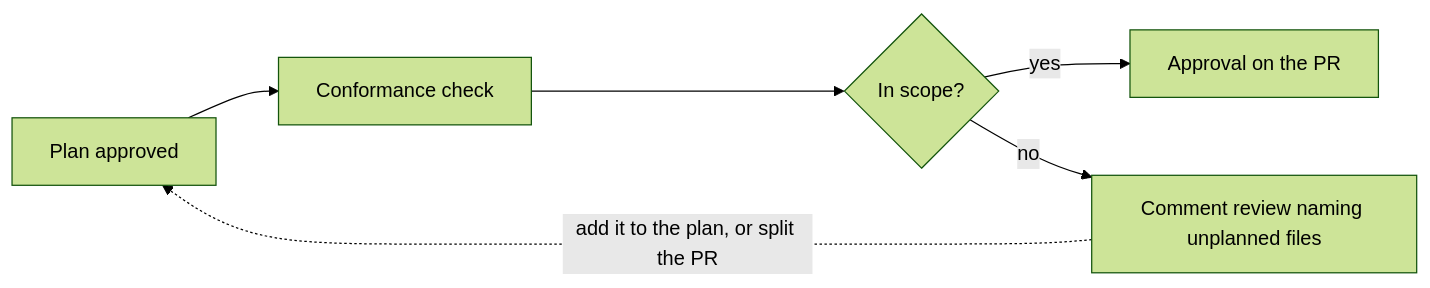
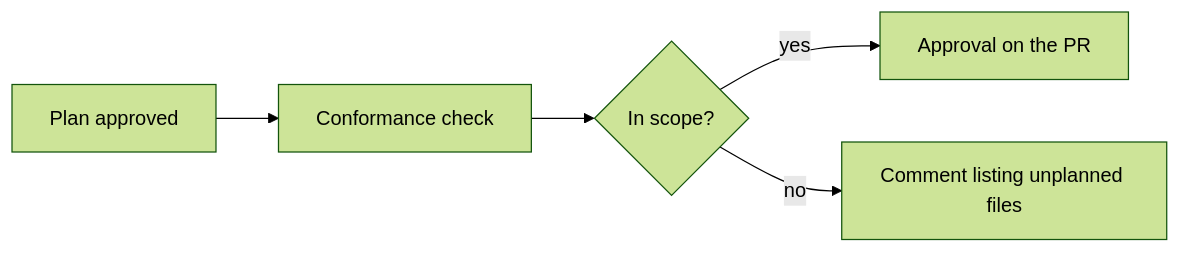
One commit to ref-tools/docs changed the diagram in plans/collaboration/change-control.mdx. Above: the diagram before and after it, drawn with Mermaid (forest theme). The commit also changed other lines of this file and 2 other files, not shown here.

````diff
--- a/plans/collaboration/change-control.mdx
+++ b/plans/collaboration/change-control.mdx
@@ -34,8 +32,7 @@
 ```mermaid
 flowchart LR
   A[Plan approved] --> B[Conformance check]
   B --> C{In scope?}
   C -- yes --> D[Approval on the PR]
-  C -- no --> E[Comment review naming unplanned files]
-  E -. add it to the plan, or split the PR .-> A
+  C -- no --> E[Comment listing unplanned files]
 ```
````
